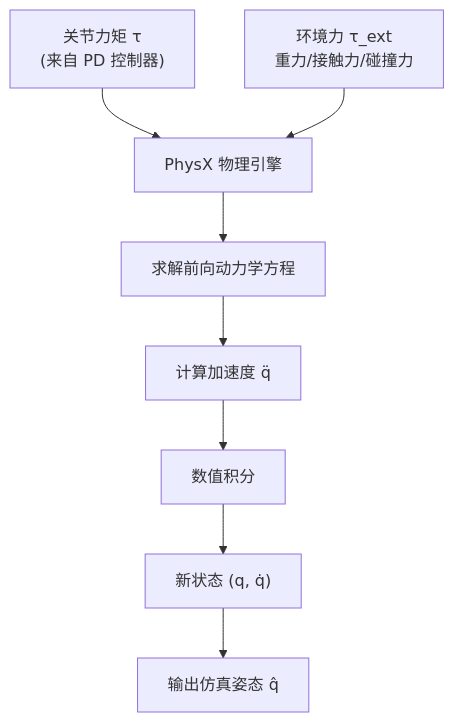
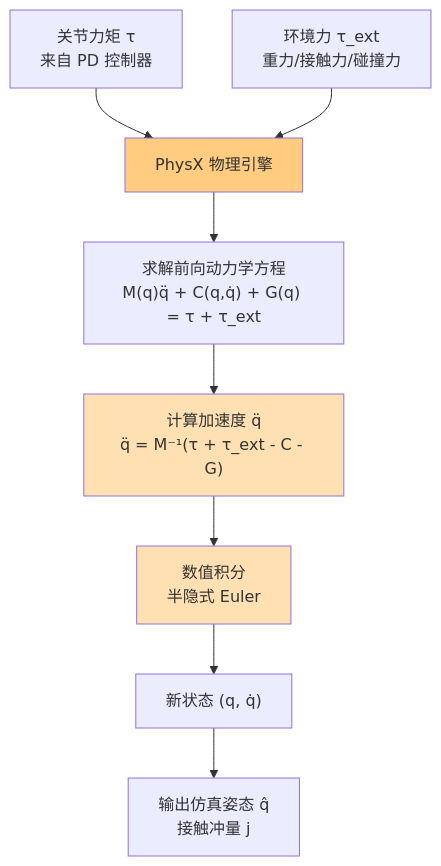
The second of 2 diagrams in src/112.md (CaterpillarStudyGroup/ReadPapers), drawn with Mermaid before and after one commit. The commit also changed other lines of this file, not shown here.

````diff
--- a/src/112.md
+++ b/src/112.md
@@ -186,10 +228,14 @@
 ```mermaid
 flowchart TB
-    tau["关节力矩 τ<br/>(来自 PD 控制器)"] --> PhysX["PhysX 物理引擎"]
+    tau["关节力矩 τ<br/>来自 PD 控制器"] --> PhysX["PhysX 物理引擎"]
     env["环境力 τ_ext<br/>重力/接触力/碰撞力"] --> PhysX
-    PhysX --> Solve["求解前向动力学方程"]
-    Solve --> Acc["计算加速度 q̈"]
-    Acc --> Integrate["数值积分"]
+    PhysX --> Solve["求解前向动力学方程<br/>M(q)q̈ + C(q,q̇) + G(q) = τ + τ_ext"]
+    Solve --> Acc["计算加速度 q̈<br/>q̈ = M⁻¹(τ + τ_ext - C - G)"]
+    Acc --> Integrate["数值积分<br/>半隐式 Euler"]
     Integrate --> NewState["新状态 (q, q̇)"]
-    NewState --> Output["输出仿真姿态 q̂"]
+    NewState --> Output["输出仿真姿态 q̂<br/>接触冲量 j"]
+
+    style PhysX fill:#ffcc80
+    style Acc fill:#ffe0b2
+    style Integrate fill:#ffe0b2
 ```
````
